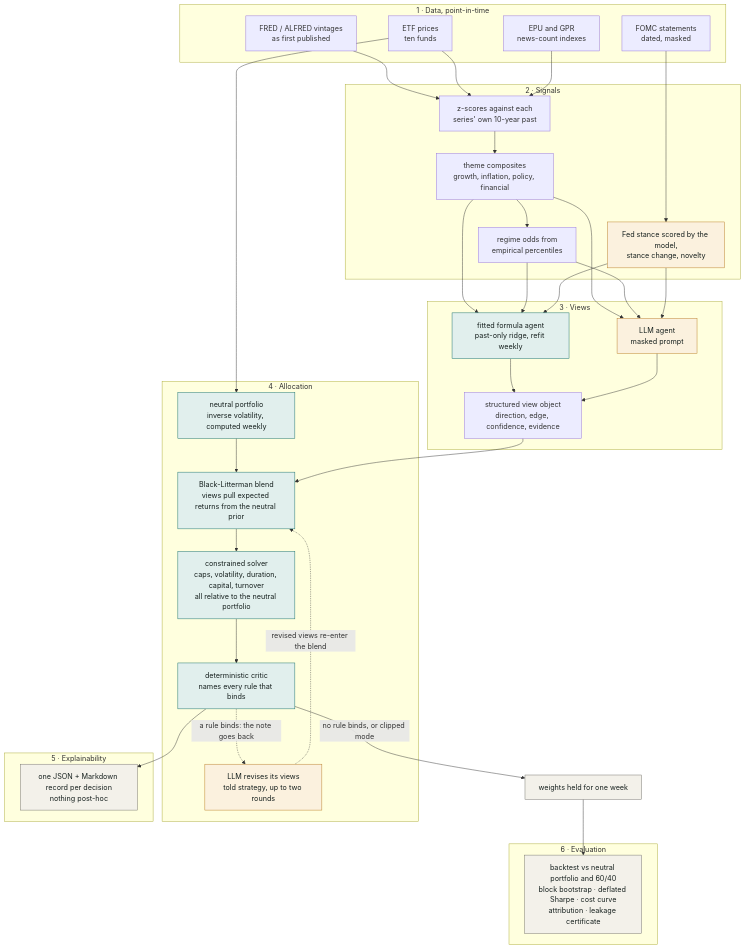
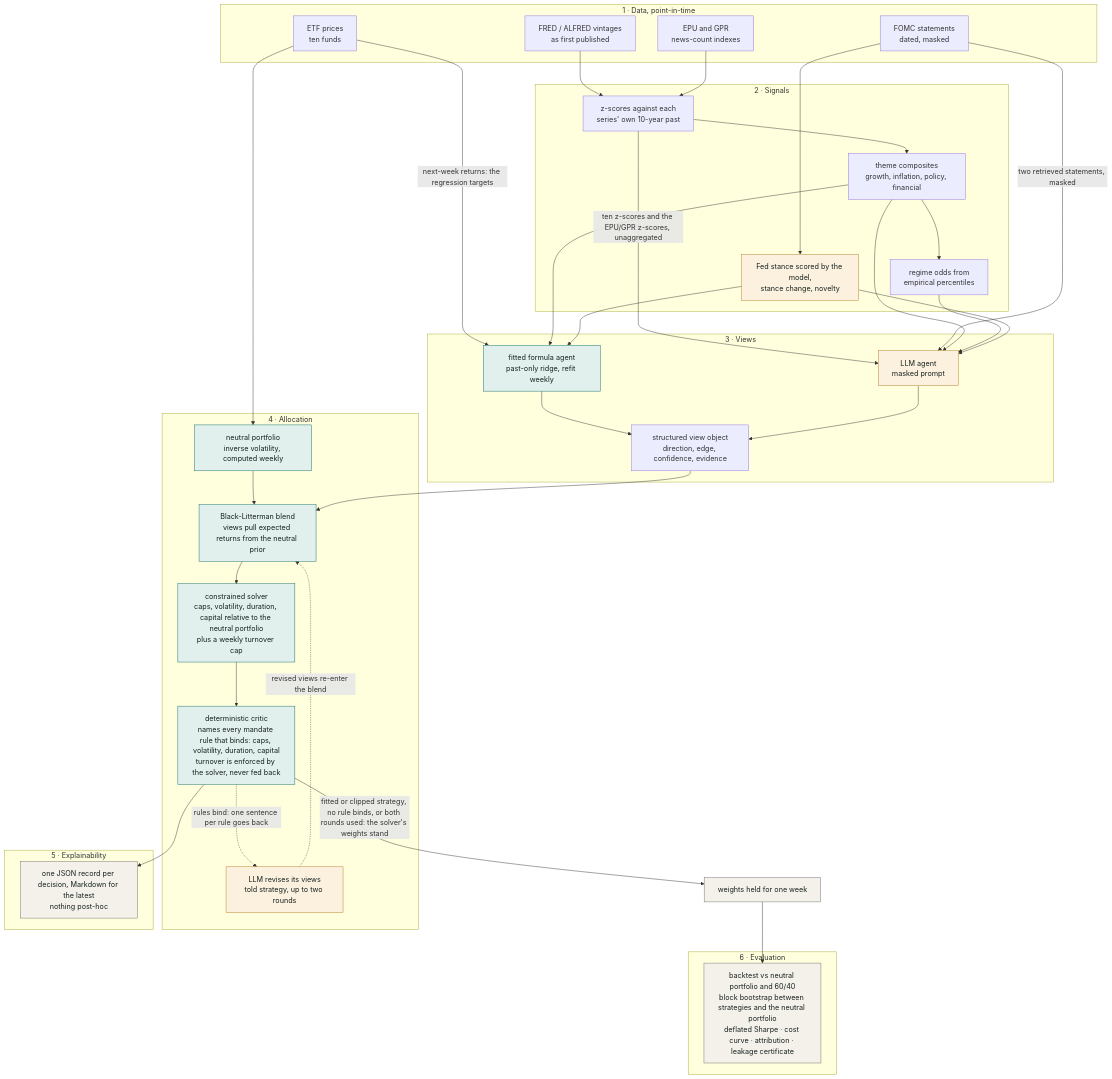
Before and after one commit to androidilicious/finorchestra: the diagram in README.md, drawn with Mermaid. The commit also changed other lines of this file, not shown here.

Commit message:
README: make the flowchart edges match the code
- ETF prices feed the covariance and the formula agent's regression
  targets, not the z-scores
- the LLM also receives the ten raw z-scores, the EPU/GPR z-scores and
  two retrieved statements
- regime odds are not a regression input
- the critic returns one sentence per binding rule; turnover is an
  absolute weekly cap enforced by the solver, never fed back
- one JSON record per decision, Markdown for the latest

````diff
--- a/README.md
+++ b/README.md
@@ -19,61 +20,62 @@
 ```mermaid
 flowchart TB
     subgraph L1["1 · Data, point-in-time"]
         D1["FRED / ALFRED vintages<br/>as first published"]
         D2["ETF prices<br/>ten funds"]
         D3["FOMC statements<br/>dated, masked"]
         D4["EPU and GPR<br/>news-count indexes"]
     end
     subgraph L2["2 · Signals"]
         S1["z-scores against each<br/>series' own 10-year past"]
         S2["theme composites<br/>growth, inflation, policy, financial"]
         S3["regime odds from<br/>empirical percentiles"]
         S4["Fed stance scored by the model,<br/>stance change, novelty"]
     end
     subgraph L3["3 · Views"]
         V1["fitted formula agent<br/>past-only ridge, refit weekly"]
         V2["LLM agent<br/>masked prompt"]
         VO["structured view object<br/>direction, edge, confidence, evidence"]
     end
     subgraph L4["4 · Allocation"]
         N["neutral portfolio<br/>inverse volatility, computed weekly"]
         BL["Black-Litterman blend<br/>views pull expected returns from the neutral prior"]
-        QP["constrained solver<br/>caps, volatility, duration, capital, turnover<br/>all relative to the neutral portfolio"]
-        CR["deterministic critic<br/>names every rule that binds"]
+        QP["constrained solver<br/>caps, volatility, duration, capital relative to the neutral portfolio<br/>plus a weekly turnover cap"]
+        CR["deterministic critic<br/>names every mandate rule that binds: caps, volatility, duration, capital<br/>turnover is enforced by the solver, never fed back"]
         RV["LLM revises its views<br/>told strategy, up to two rounds"]
     end
     subgraph L5["5 · Explainability"]
-        X["one JSON + Markdown record per decision<br/>nothing post-hoc"]
+        X["one JSON record per decision, Markdown for the latest<br/>nothing post-hoc"]
     end
     subgraph L6["6 · Evaluation"]
-        E["backtest vs neutral portfolio and 60/40<br/>block bootstrap · deflated Sharpe · cost curve<br/>attribution · leakage certificate"]
+        E["backtest vs neutral portfolio and 60/40<br/>block bootstrap between strategies and the neutral portfolio<br/>deflated Sharpe · cost curve · attribution · leakage certificate"]
     end
 
     D1 --> S1
-    D2 --> S1
     D4 --> S1
     D3 --> S4
     S1 --> S2 --> S3
+    S1 -- "ten z-scores and the EPU/GPR z-scores, unaggregated" --> V2
+    D3 -- "two retrieved statements, masked" --> V2
+    D2 -- "next-week returns: the regression targets" --> V1
     S2 --> V1
-    S3 --> V1
     S4 --> V1
     S2 --> V2
     S3 --> V2
     S4 --> V2
     V1 --> VO
     V2 --> VO
     D2 --> N --> BL
     VO --> BL --> QP --> CR
-    CR -. "a rule binds: the note goes back" .-> RV
+    CR -. "rules bind: one sentence per rule goes back" .-> RV
     RV -. "revised views re-enter the blend" .-> BL
-    CR -- "no rule binds, or clipped mode" --> W["weights held for one week"]
+    CR -- "fitted or clipped strategy, no rule binds, or both rounds used: the solver's weights stand" --> W["weights held for one week"]
     CR --> X
     W --> E
 
     classDef llm fill:#fbf1de,stroke:#b7791f,color:#17211f
     classDef det fill:#e1efed,stroke:#0f6b66,color:#17211f
     classDef out fill:#f3f1ea,stroke:#6f6e68,color:#17211f
     class V2,S4,RV llm
     class N,BL,QP,CR,V1 det
     class X,E,W out
 ```
````
